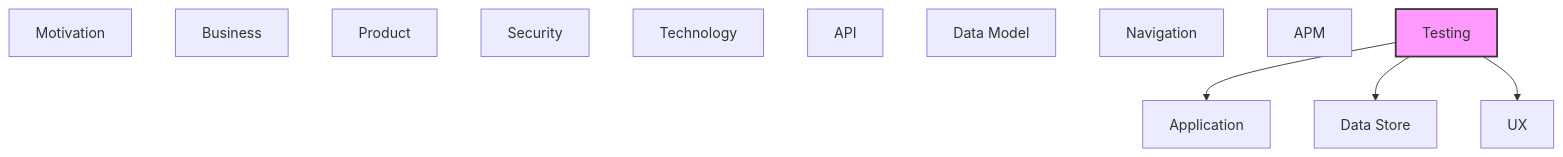
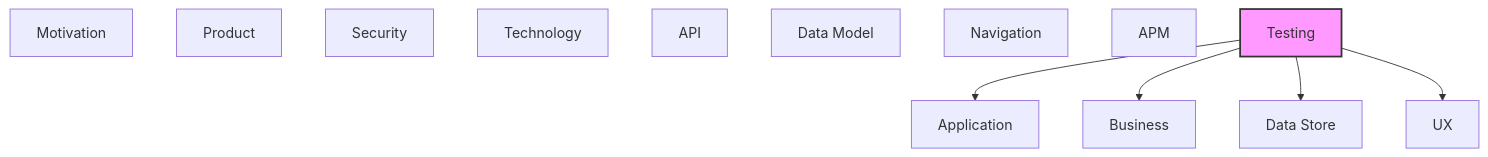
The diagram in documentation-robotics/reports/13-testing-layer-report.md (tinkermonkey/context-studio), drawn with Mermaid before and after one commit. The commit also changed other lines of this file and 93 other files, not shown here.

````diff
--- a/documentation-robotics/reports/13-testing-layer-report.md
+++ b/documentation-robotics/reports/13-testing-layer-report.md
@@ -71,21 +69,22 @@
 ```mermaid
 flowchart TB
   classDef current fill:#f9f,stroke:#333,stroke-width:2px
   motivation["Motivation"]
   business["Business"]
   product["Product"]
   security["Security"]
   application["Application"]
   technology["Technology"]
   api["API"]
   data_model["Data Model"]
   data_store["Data Store"]
   ux["UX"]
   navigation["Navigation"]
   apm["APM"]
   testing["Testing"]
   testing --> application
+  testing --> business
   testing --> data_store
   testing --> ux
   class testing current
 ```
````
